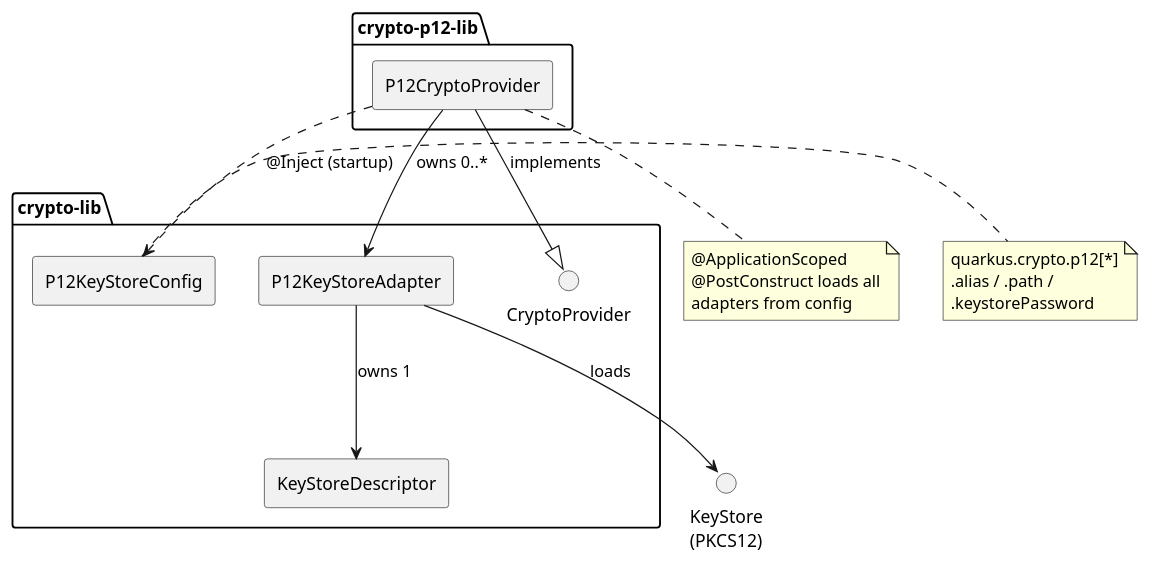
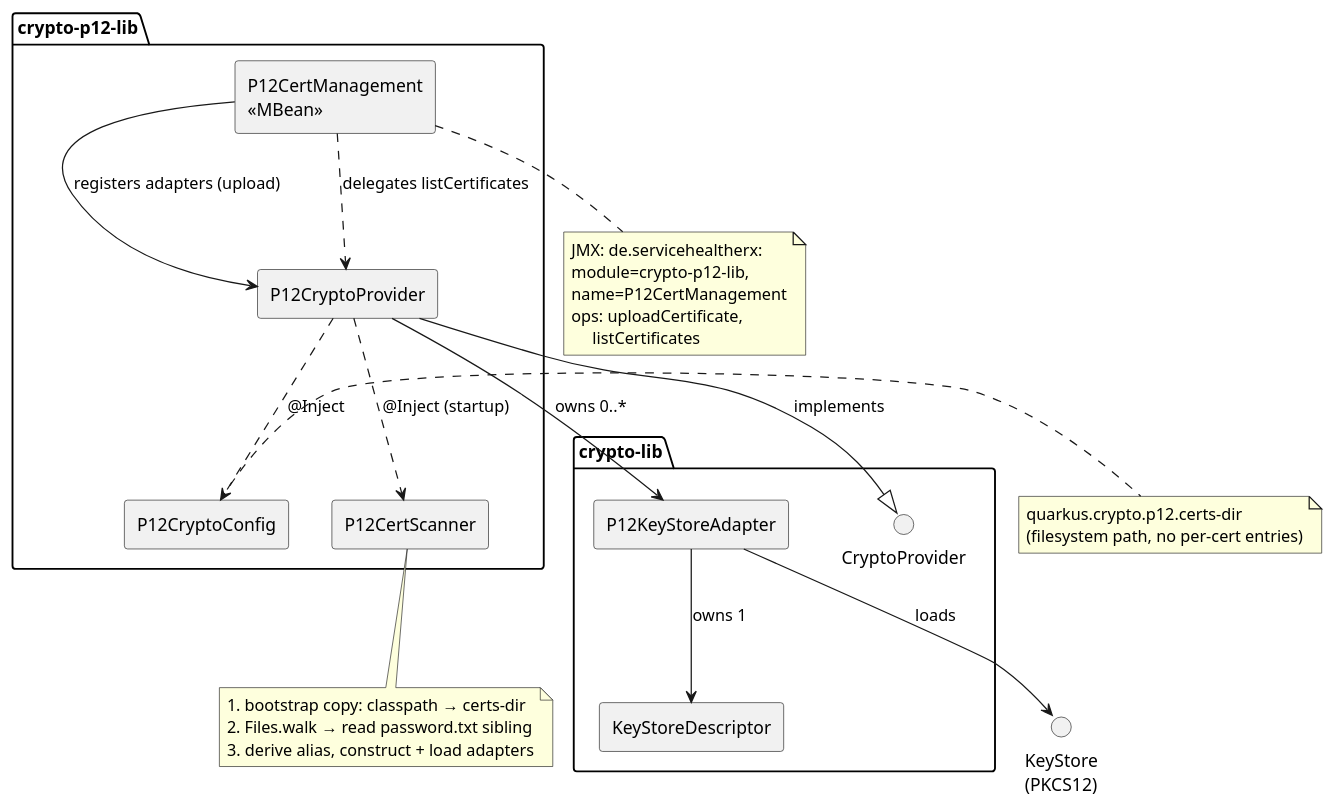
One commit to med-united/basis-consumer-health changed the diagram in specs/003-p12-crypto-provider/diagrams/component.puml. Above: the diagram before and after it, drawn with PlantUML. The commit also changed 44 other files, not shown here.

Commit message:
Implemented p12 crypto provider and added SMC-B test certificates

```diff
--- a/specs/003-p12-crypto-provider/diagrams/component.puml
+++ b/specs/003-p12-crypto-provider/diagrams/component.puml
@@ -1,34 +1,47 @@
 @startuml component
 skinparam componentStyle rectangle
 skinparam defaultFontName Helvetica
 
 package "crypto-p12-lib" {
   [P12CryptoProvider] as provider
+  [P12CertScanner] as scanner
+  [P12CryptoConfig] as config
+  [P12CertManagement\n<<MBean>>] as mbean
 }
 
 package "crypto-lib" {
   [P12KeyStoreAdapter] as adapter
-  [P12KeyStoreConfig] as config
   [KeyStoreDescriptor] as descriptor
   interface "CryptoProvider" as iface
 }
 
 provider -up-|> iface : implements
 provider --> adapter : owns 0..*
-provider ..> config : @Inject (startup)
+provider ..> config : @Inject
+provider ..> scanner : @Inject (startup)
 adapter --> descriptor : owns 1
 adapter --> "KeyStore\n(PKCS12)" : loads
 
+mbean --> provider : registers adapters (upload)
+mbean ..> provider : delegates listCertificates
+
 note right of config
-  quarkus.crypto.p12[*]
-  .alias / .path /
-  .keystorePassword
+  quarkus.crypto.p12.certs-dir
+  (filesystem path, no per-cert entries)
 end note
 
-note bottom of provider
-  @ApplicationScoped
-  @PostConstruct loads all
-  adapters from config
+note bottom of scanner
+  1. bootstrap copy: classpath → certs-dir
+  2. Files.walk → read password.txt sibling
+  3. derive alias, construct + load adapters
+end note
+
+note bottom of mbean
+  JMX: de.servicehealtherx:
+  module=crypto-p12-lib,
+  name=P12CertManagement
+  ops: uploadCertificate,
+       listCertificates
 end note
 
 @enduml
```
